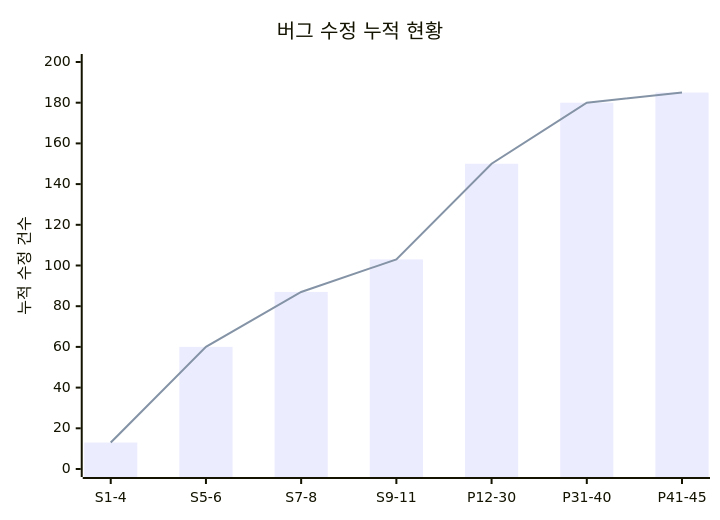
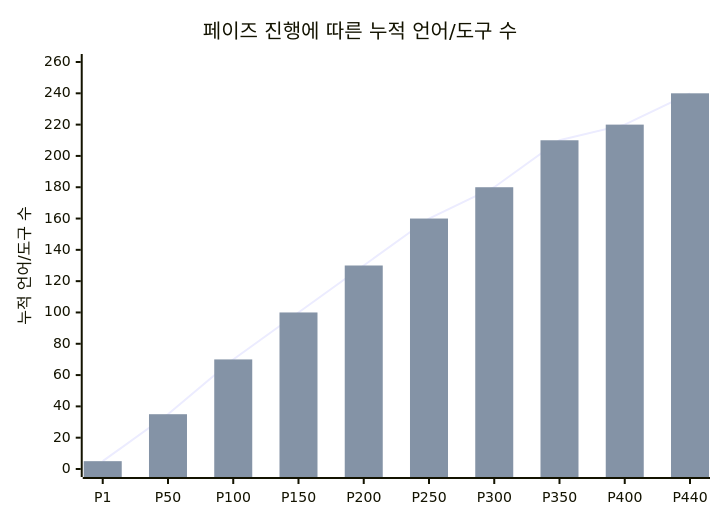
Before and after one commit to sun475300-sudo/Swarm-control-in-sc2bot: diagram 24 of 33 in README.md, drawn with Mermaid. The commit also changed other lines of this file, not shown here.

First line of the commit message:
docs: README 정밀 재구성 — 통계 전면 재작성, 중복 제거, 440 페이즈 반영

````diff
--- a/README.md
+++ b/README.md
@@ -1250,8 +1217,8 @@
 ```mermaid
 xychart-beta
-    title "버그 수정 누적 현황"
-    x-axis ["S1-4", "S5-6", "S7-8", "S9-11", "P12-30", "P31-40", "P41-45"]
-    y-axis "누적 수정 건수" 0 --> 200
-    bar [13, 60, 87, 103, 150, 180, 185]
-    line [13, 60, 87, 103, 150, 180, 185]
+    title "페이즈 진행에 따른 누적 언어/도구 수"
+    x-axis ["P1", "P50", "P100", "P150", "P200", "P250", "P300", "P350", "P400", "P440"]
+    y-axis "누적 언어/도구 수" 0 --> 260
+    line [5, 35, 70, 100, 130, 160, 180, 210, 220, 240]
+    bar [5, 35, 70, 100, 130, 160, 180, 210, 220, 240]
 ```
````
